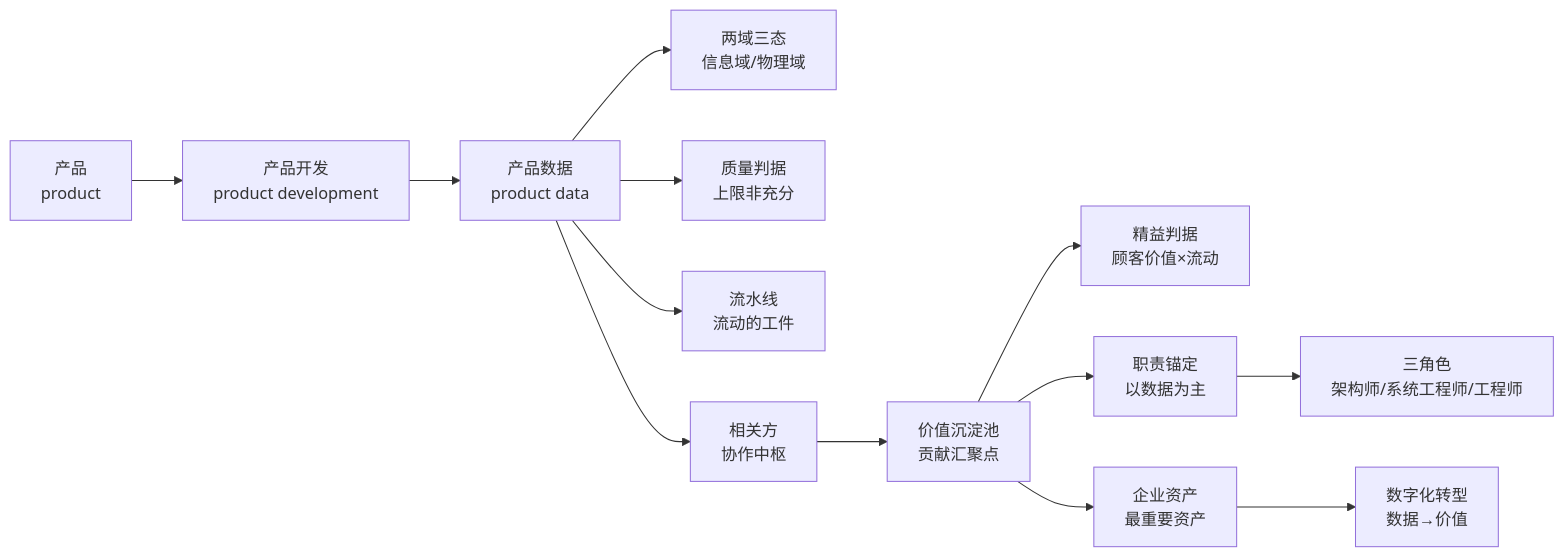
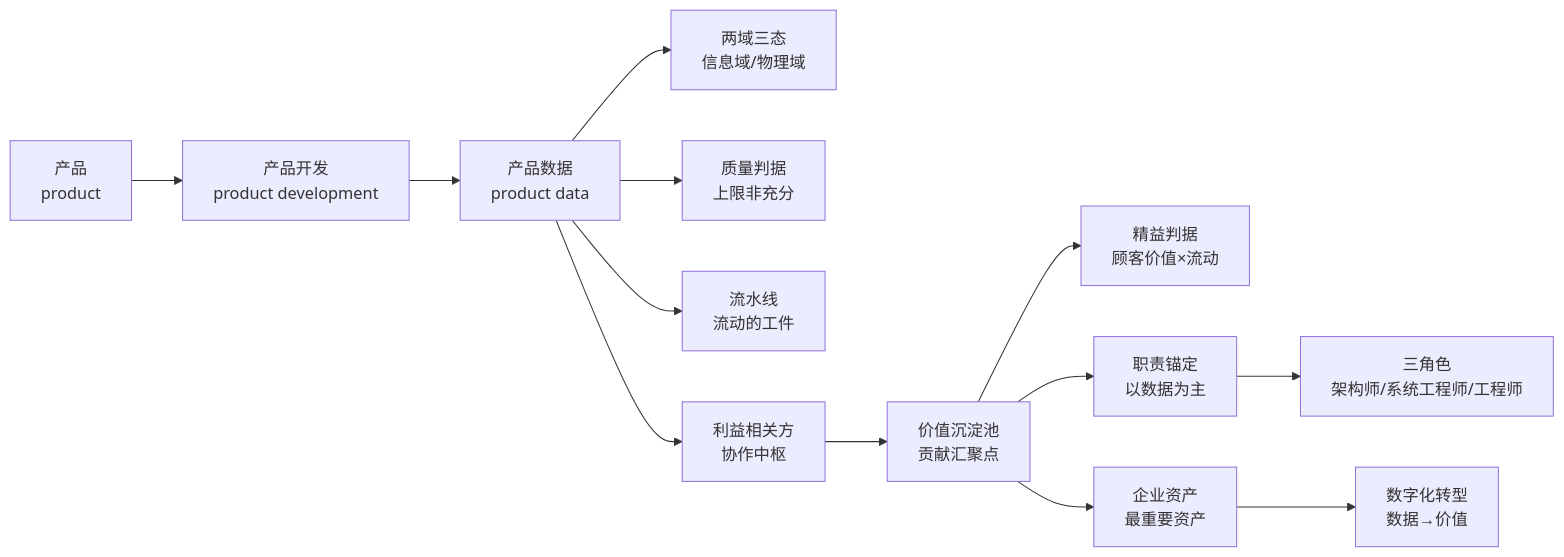
The first of 11 diagrams in 100-subprojects/01-系统工程研究/00-系统工程相关研究报告/14-产品数据研究报告-从产品定义到企业数字资产.md (Yongjunzhou/AOS-system-design), drawn with Mermaid before and after one commit. The commit also changed other lines of this file and 38 other files, not shown here.

````diff
--- a/100-subprojects/01-系统工程研究/00-系统工程相关研究报告/14-产品数据研究报告-从产品定义到企业数字资产.md
+++ b/100-subprojects/01-系统工程研究/00-系统工程相关研究报告/14-产品数据研究报告-从产品定义到企业数字资产.md
@@ -10,15 +12,15 @@
 ```mermaid
 flowchart LR
     A[产品<br/>product] --> B[产品开发<br/>product development]
     B --> C[产品数据<br/>product data]
     C --> D[两域三态<br/>信息域/物理域]
     C --> E[质量判据<br/>上限非充分]
     C --> F[流水线<br/>流动的工件]
-    C --> G[相关方<br/>协作中枢]
+    C --> G[利益相关方<br/>协作中枢]
     G --> H[价值沉淀池<br/>贡献汇聚点]
     H --> I[精益判据<br/>顾客价值×流动]
     H --> J[职责锚定<br/>以数据为主]
     J --> K[三角色<br/>架构师/系统工程师/工程师]
     H --> L[企业资产<br/>最重要资产]
     L --> M[数字化转型<br/>数据→价值]
 ```
````
